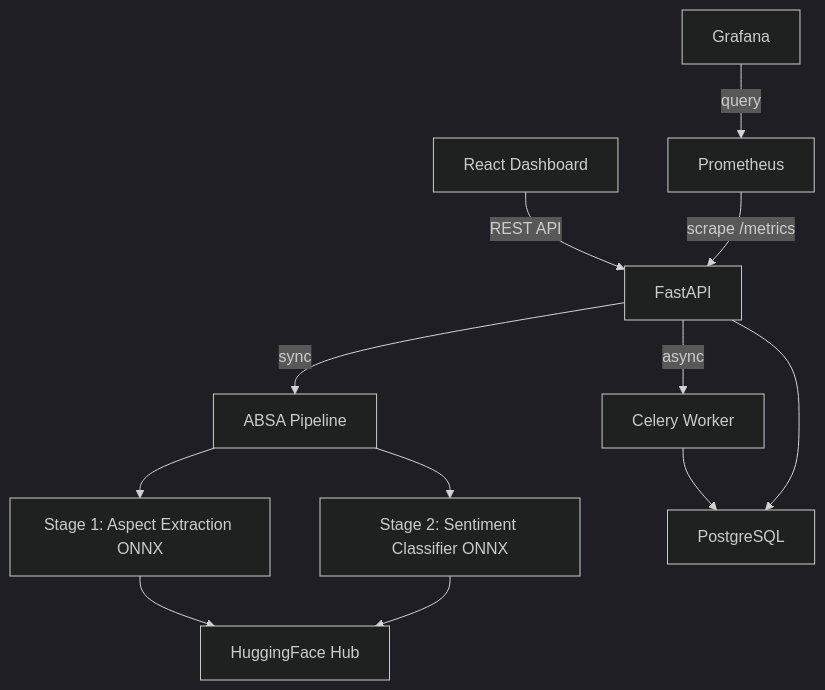
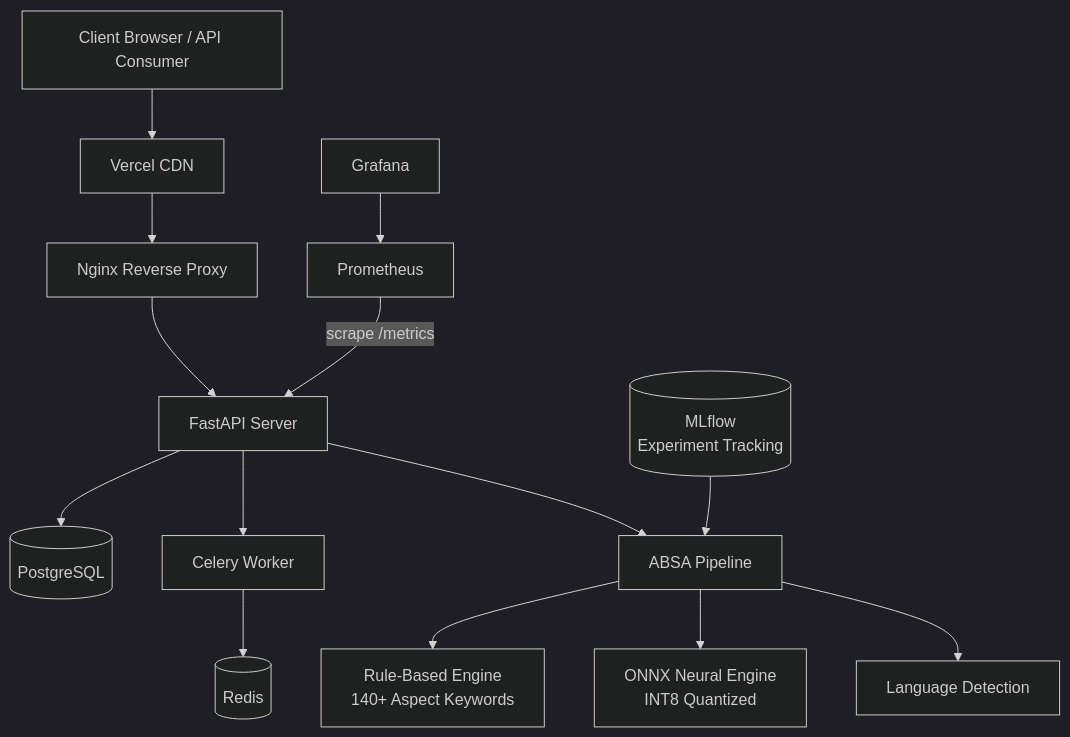
The first of 6 diagrams in docs/architecture.md (Aryanmishra-dev/Multilingual-Absa), drawn with Mermaid (dark theme) before and after one commit. The commit also changed other lines of this file and 6 other files, not shown here.

First line of the commit message:
Expand architecture documentation

````diff
--- a/docs/architecture.md
+++ b/docs/architecture.md
@@ -4,14 +9,31 @@
 ```mermaid
-graph TD
-  A[React Dashboard] -->|REST API| B[FastAPI]
-  B -->|sync| C[ABSA Pipeline]
-  B -->|async| D[Celery Worker]
-  C --> E[Stage 1: Aspect Extraction ONNX]
-  C --> F[Stage 2: Sentiment Classifier ONNX]
-  D --> G[PostgreSQL]
-  B --> G
-  H[Prometheus] -->|scrape /metrics| B
-  I[Grafana] -->|query| H
-  E --> J[HuggingFace Hub]
-  F --> J
+graph TB
+    Client[Client Browser / API Consumer]
+    Vercel[Vercel CDN]
+    Nginx[Nginx Reverse Proxy]
+    API[FastAPI Server]
+    Pipeline[ABSA Pipeline]
+    Lang[Language Detection]
+    Neural[ONNX Neural Engine<br/>INT8 Quantized]
+    Fallback[Rule-Based Engine<br/>140+ Aspect Keywords]
+    Celery[Celery Worker]
+    Redis[(Redis)]
+    PG[(PostgreSQL)]
+    Prom[Prometheus]
+    Graf[Grafana]
+    MLflow[(MLflow<br/>Experiment Tracking)]
+
+    Client --> Vercel
+    Vercel --> Nginx
+    Nginx --> API
+    API --> Pipeline
+    Pipeline --> Lang
+    Pipeline --> Neural
+    Pipeline --> Fallback
+    API --> Celery
+    Celery --> Redis
+    API --> PG
+    Prom -->|scrape /metrics| API
+    Graf --> Prom
+    MLflow --> Pipeline
 ```
````
